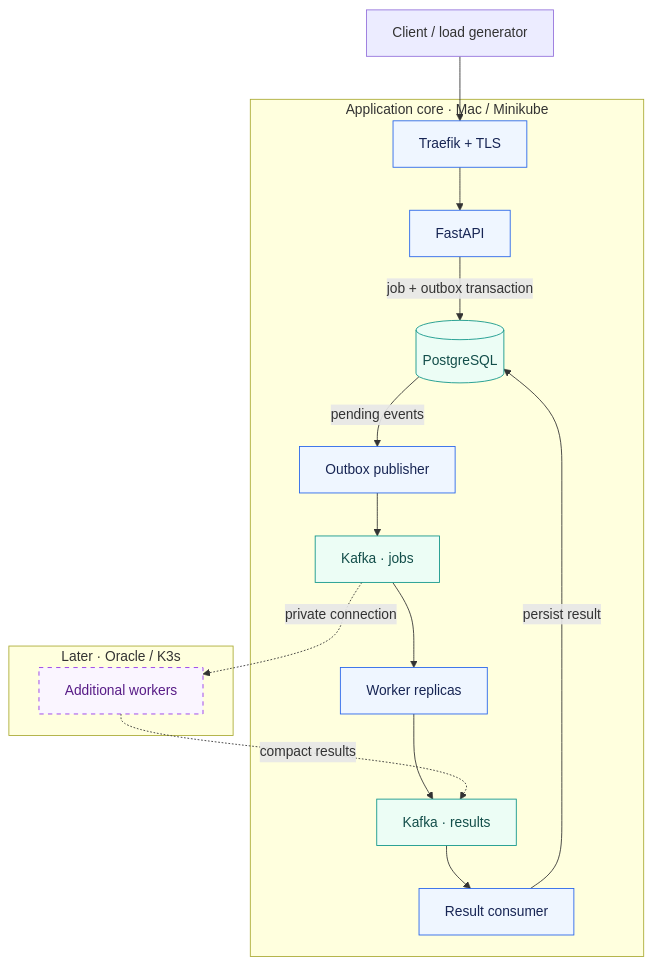
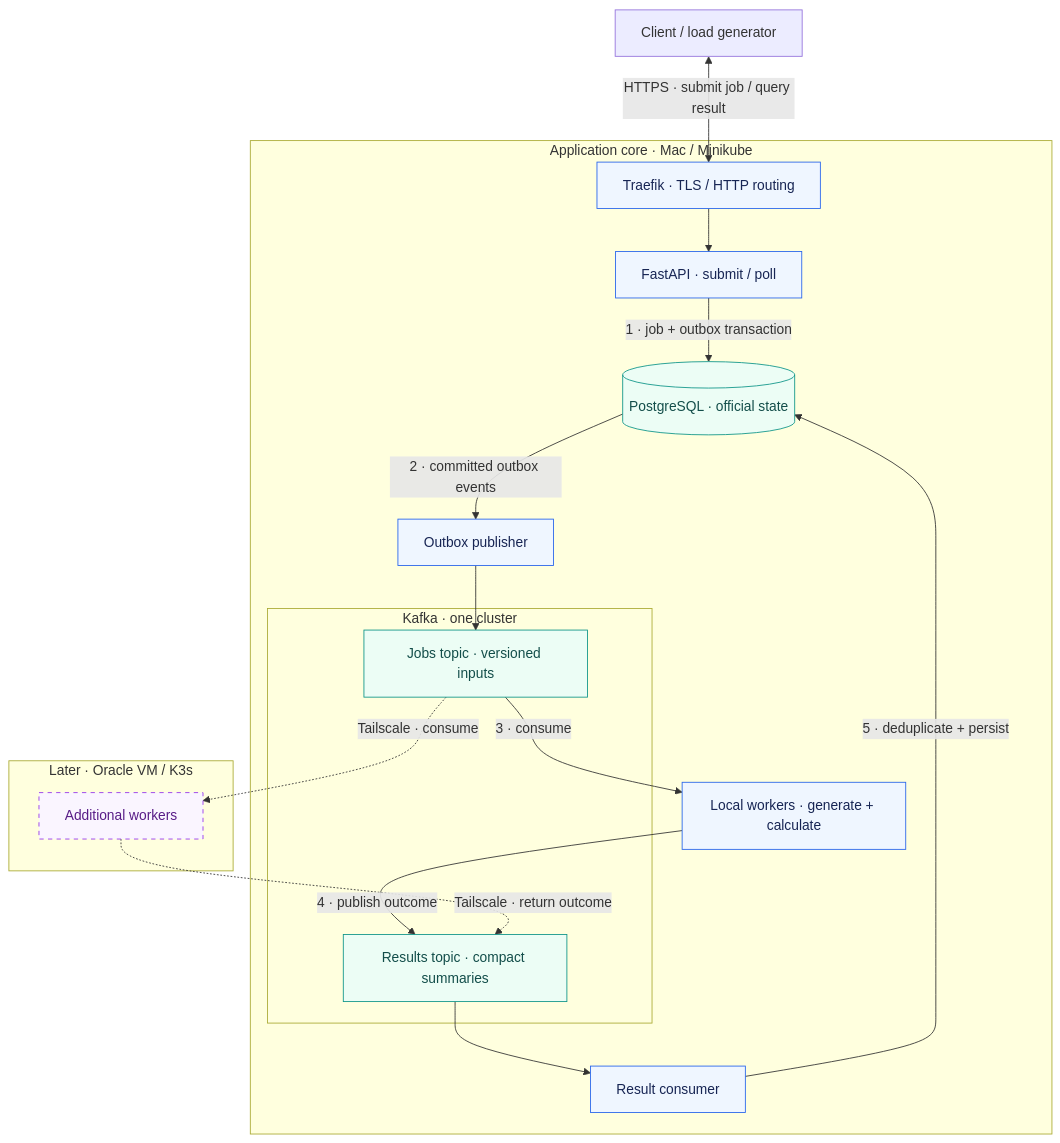
One commit to thiagogenez/labflow changed the diagram in README.md. Above: the diagram before and after it, drawn with Mermaid. The commit also changed other lines of this file and 4 other files, not shown here.

Commit message:
docs: animate README and explain job architecture

````diff
--- a/README.md
+++ b/README.md
@@ -85,31 +95,37 @@
 ```mermaid
 flowchart TB
     client["Client / load generator"]
 
     subgraph core["Application core · Mac / Minikube"]
-        ingress["Traefik + TLS"] --> api["FastAPI"]
-        api -->|"job + outbox transaction"| db[("PostgreSQL")]
-        db -->|"pending events"| relay["Outbox publisher"]
-        relay --> jobs["Kafka · jobs"]
-        jobs --> worker["Worker replicas"]
-        worker --> results["Kafka · results"]
+        ingress["Traefik · TLS / HTTP routing"] --> api["FastAPI · submit / poll"]
+        api -->|"1 · job + outbox transaction"| db[("PostgreSQL · official state")]
+        db -->|"2 · committed outbox events"| relay["Outbox publisher"]
+        relay --> jobs
+
+        subgraph kafka["Kafka · one cluster"]
+            jobs["Jobs topic · versioned inputs"]
+            results["Results topic · compact summaries"]
+        end
+
+        jobs -->|"3 · consume"| worker["Local workers · generate + calculate"]
+        worker -->|"4 · publish outcome"| results
         results --> writer["Result consumer"]
-        writer -->|"persist result"| db
+        writer -->|"5 · deduplicate + persist"| db
     end
 
-    client --> ingress
+    client <-->|"HTTPS · submit job / query result"| ingress
 
-    subgraph remote["Later · Oracle / K3s"]
+    subgraph remote["Later · Oracle VM / K3s"]
         extra["Additional workers"]
     end
 
-    jobs -.->|"private connection"| extra
-    extra -.->|"compact results"| results
+    jobs -.->|"Tailscale · consume"| extra
+    extra -.->|"Tailscale · return outcome"| results
 
     classDef service fill:#eff6ff,stroke:#2563eb,color:#172554
     classDef data fill:#ecfdf5,stroke:#0d9488,color:#134e4a
     classDef future fill:#faf5ff,stroke:#9333ea,color:#581c87,stroke-dasharray:5 5
     class api,relay,worker,writer,ingress service
     class db,jobs,results data
     class extra future
 ```
````
